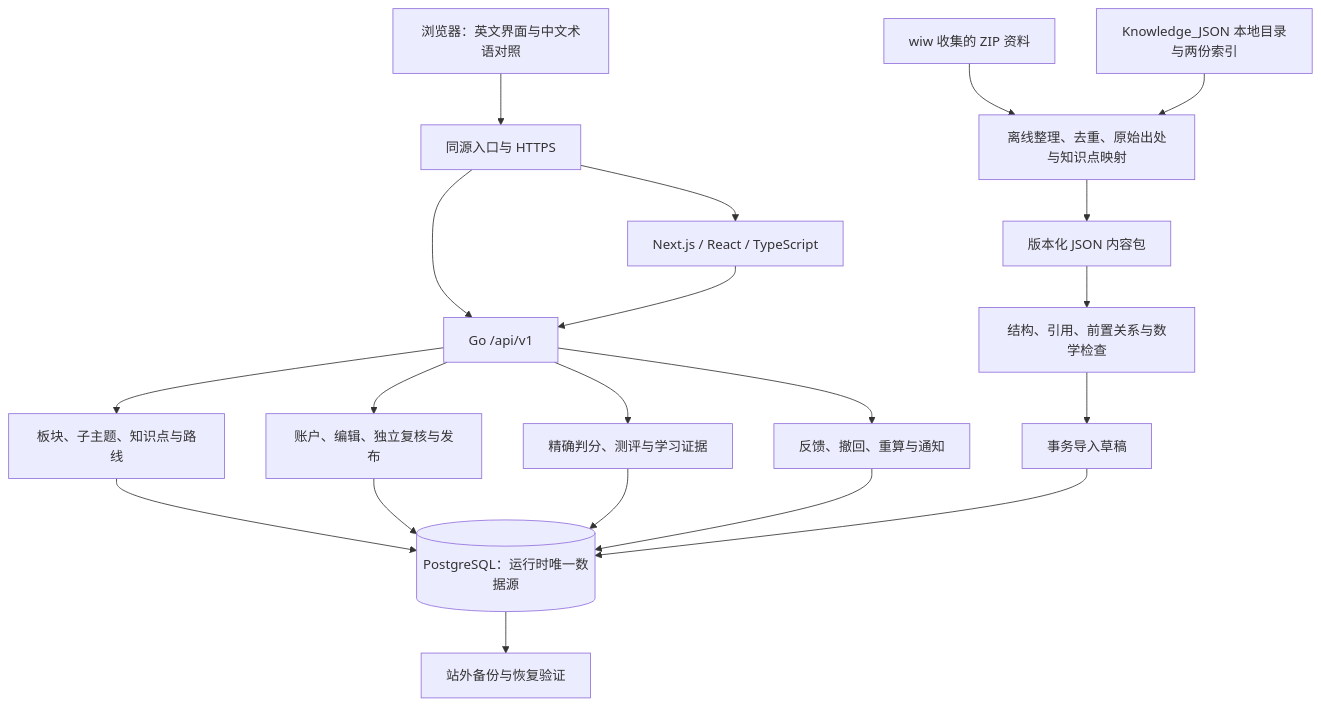
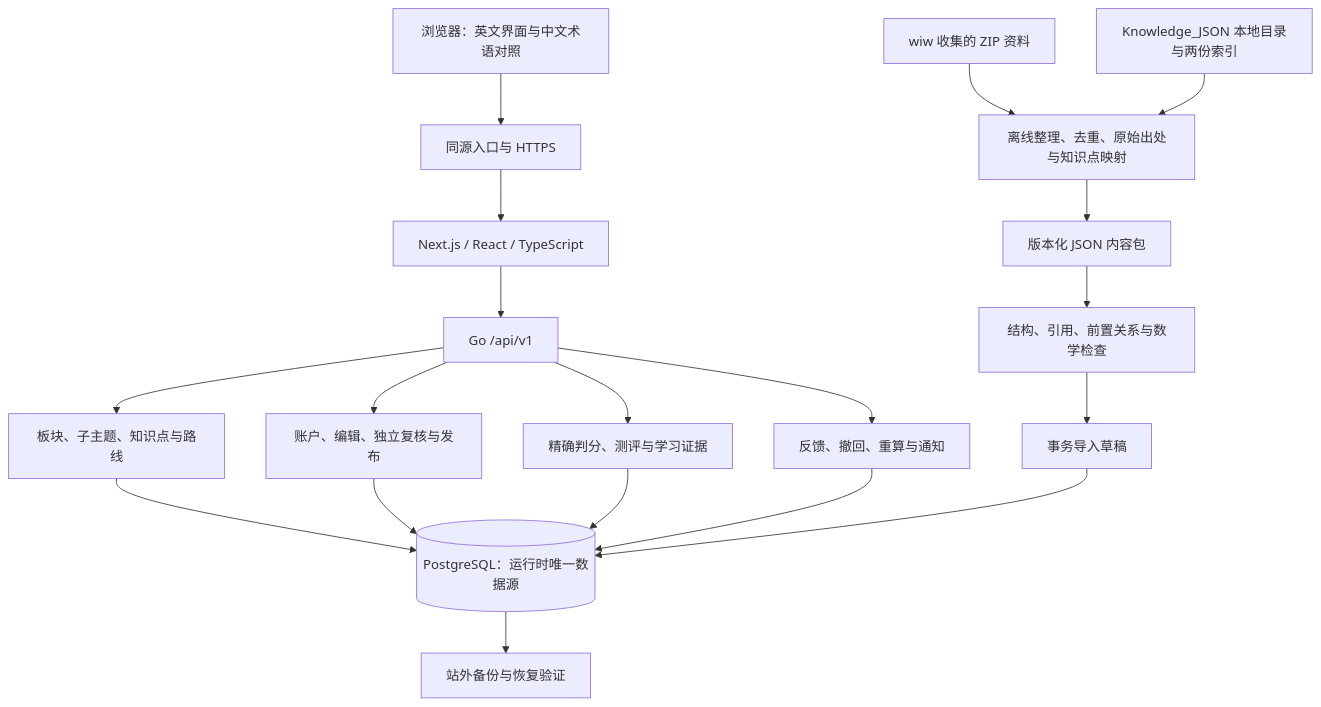
The diagram in docs/superpowers/plans/2026-09-30-development-roadmap.md (yyl1212/math_master), drawn with Mermaid before and after one commit. The commit also changed other lines of this file and 2 other files, not shown here.

````diff
--- a/docs/superpowers/plans/2026-09-30-development-roadmap.md
+++ b/docs/superpowers/plans/2026-09-30-development-roadmap.md
@@ -31,22 +34,21 @@
 ```mermaid
 flowchart TD
     Browser[浏览器：英文界面与中文术语对照] --> Entry[同源入口与 HTTPS]
     Entry --> Web[Next.js / React / TypeScript]
-    Entry --> Go[Go /api/v1]
-    Web --> Go
+    Web --> Go[Go /api/v1]
     Go --> Catalogue[板块、子主题、知识点与路线]
     Go --> Review[账户、编辑、独立复核与发布]
     Go --> Assessment[精确判分、测评与学习证据]
     Go --> Correction[反馈、撤回、重算与通知]
     Catalogue --> DB[(PostgreSQL：运行时唯一数据源)]
     Review --> DB
     Assessment --> DB
     Correction --> DB
     Packages[版本化 JSON 内容包] --> Validator[结构、引用、前置关系与数学检查]
     Archives[wiw 收集的 ZIP 资料] --> Source[离线整理、去重、原始出处与知识点映射]
     KnowledgeFiles[Knowledge_JSON 本地目录与两份索引] --> Source
     Source --> Packages
     Validator --> Draft[事务导入草稿]
     Draft --> DB
     DB --> Backup[站外备份与恢复验证]
 ```
````
